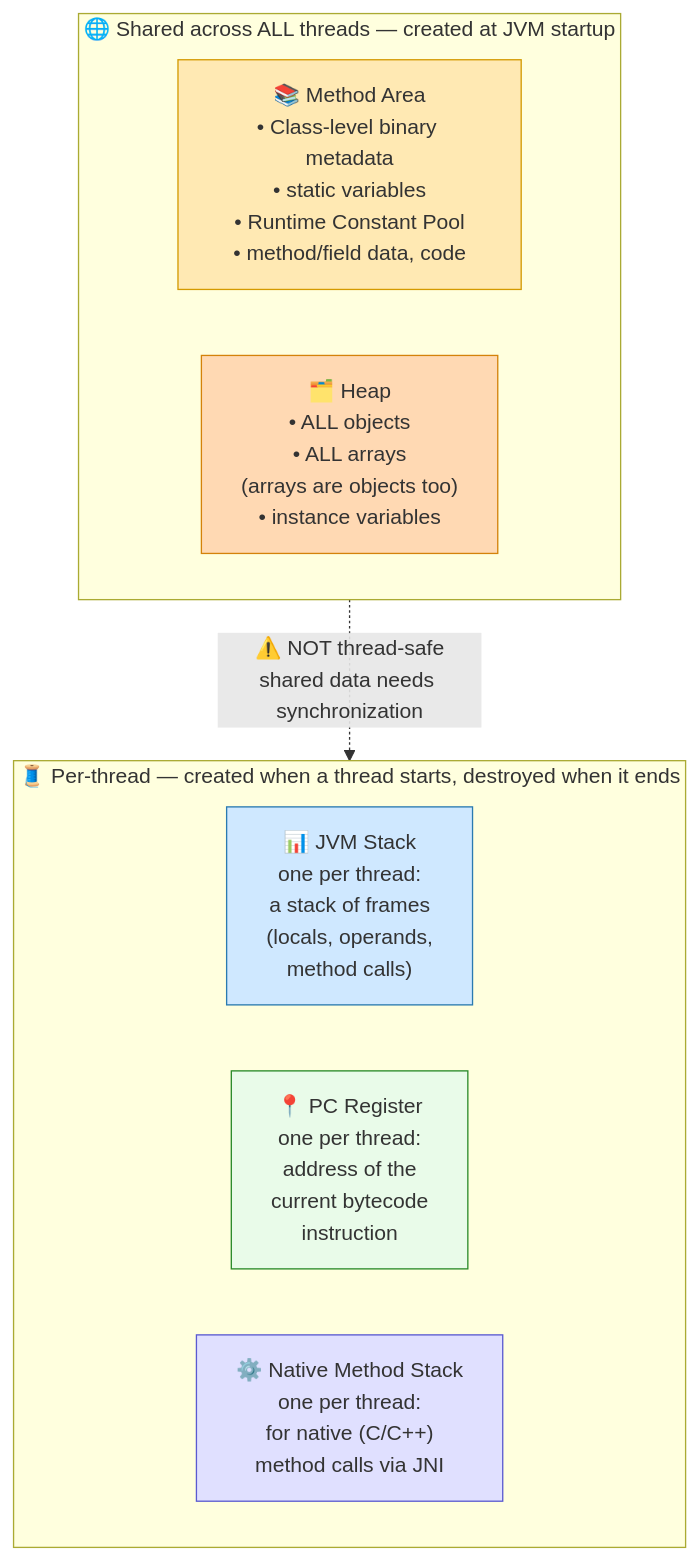
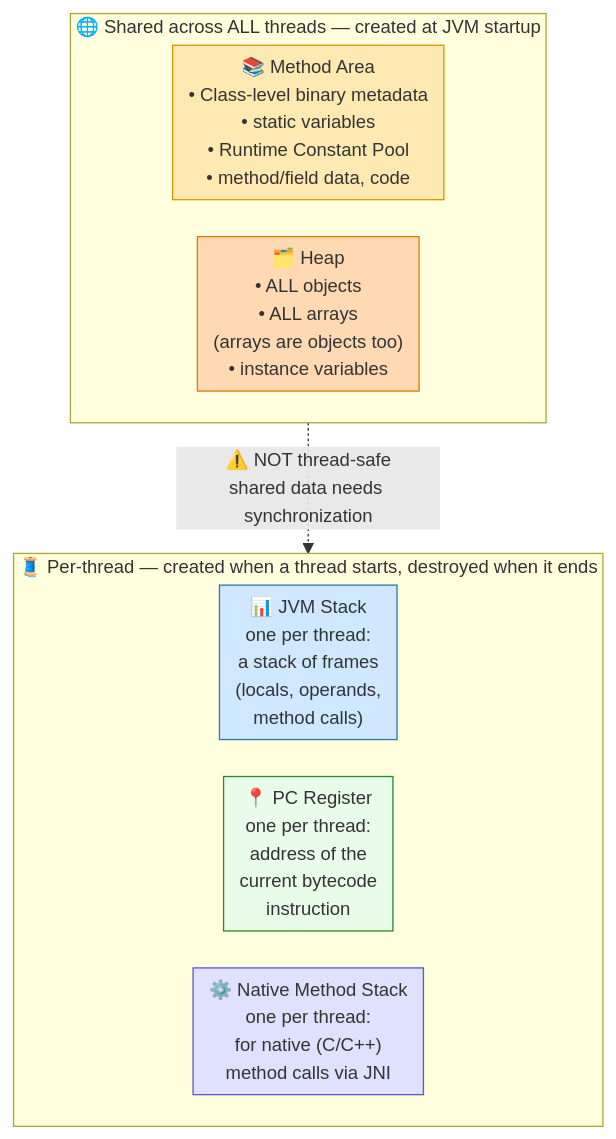
Before and after one commit to rahul-kant/Interview-Materials: the tenth of 31 diagrams in Core Java /JVM-Architecture-Guide.md, drawn with Mermaid. The commit also changed other lines of this file and 2 other files, not shown here.

Commit message:
JVM Architecture, Java Multithreading and System design readme changes.

````diff
--- a/Core Java /JVM-Architecture-Guide.md
+++ b/Core Java /JVM-Architecture-Guide.md
@@ -613,20 +683,21 @@
 ```mermaid
+%%{init: {"flowchart": {"nodeSpacing": 28, "rankSpacing": 36, "padding": 6, "useMaxWidth": true}, "sequence": {"useMaxWidth": true, "boxMargin": 6, "width": 130, "height": 30, "messageMargin": 22}, "themeVariables": {"fontSize": "14px"}}}%%
 flowchart TB
     subgraph SHARED["🌐 Shared across ALL threads — created at JVM startup"]
         direction LR
         MA["📚 Method Area<br/>• Class-level binary metadata<br/>• static variables<br/>• Runtime Constant Pool<br/>• method/field data, code"]
         HEAP["🗂️ Heap<br/>• ALL objects<br/>• ALL arrays<br/>(arrays are objects too)<br/>• instance variables"]
     end
     subgraph PERTHREAD["🧵 Per-thread — created when a thread starts, destroyed when it ends"]
         direction LR
         STK["📊 JVM Stack<br/>one per thread:<br/>a stack of frames<br/>(locals, operands,<br/>method calls)"]
         PC["📍 PC Register<br/>one per thread:<br/>address of the<br/>current bytecode<br/>instruction"]
         NMS["⚙️ Native Method Stack<br/>one per thread:<br/>for native (C/C++)<br/>method calls via JNI"]
     end
     SHARED -.->|⚠️ NOT thread-safe<br/>shared data needs synchronization| PERTHREAD
     style MA fill:#ffe9b3,stroke:#d49a00
     style HEAP fill:#ffd9b3,stroke:#d4820a
     style STK fill:#cfe8ff,stroke:#2a7ab0
     style PC fill:#e9fbe9,stroke:#2a8a2a
     style NMS fill:#e0e0ff,stroke:#5a5ad0
 ```
````
